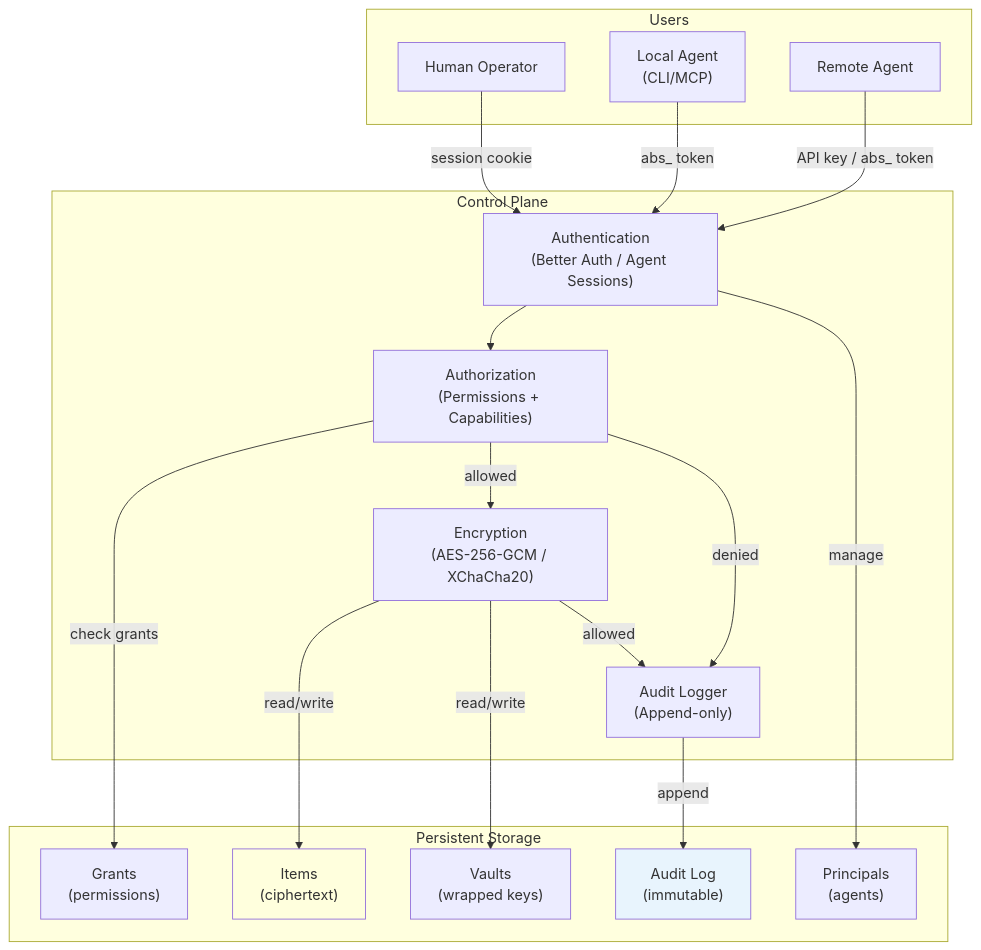
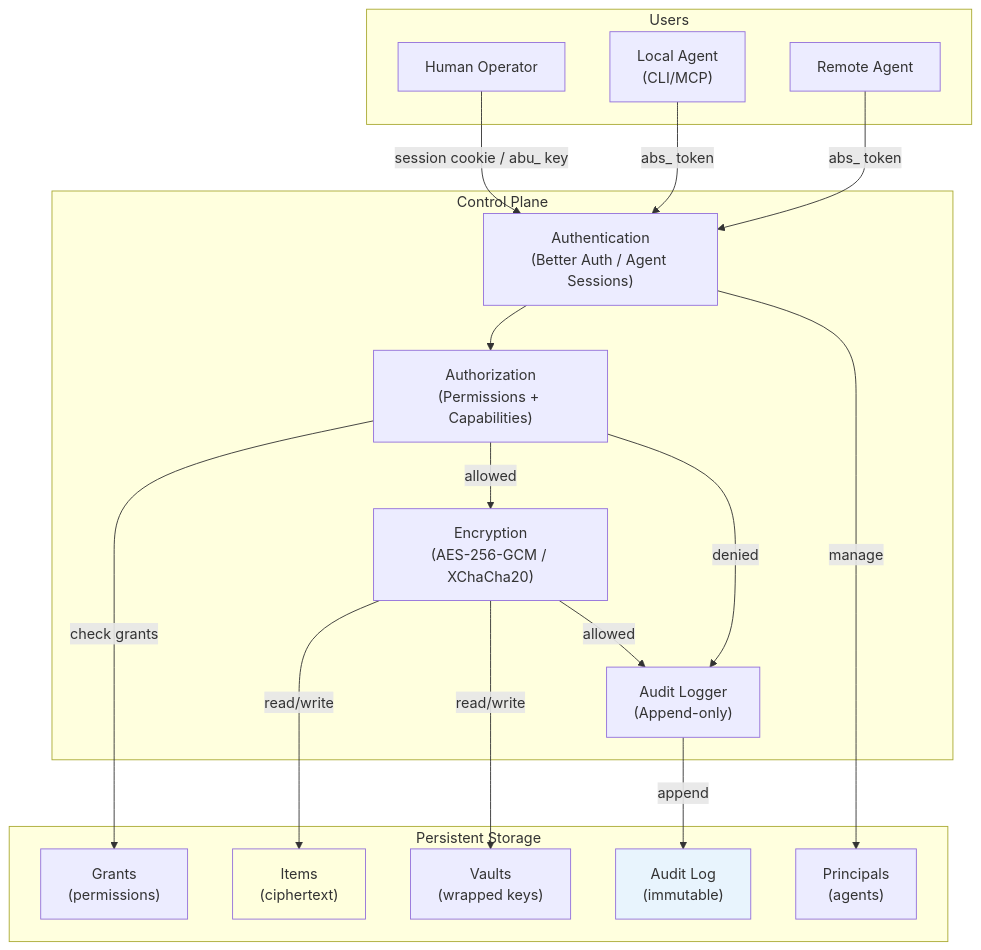
One commit to punitarani/abadge changed diagram 18 of 20 in docs/flow.md. Above: the diagram before and after it, drawn with Mermaid. The commit also changed other lines of this file and 100 other files, not shown here.

First line of the commit message:
Personal API keys (abu_) + remove legacy agent API keys (#181)

````diff
--- a/docs/flow.md
+++ b/docs/flow.md
@@ -425,43 +421,43 @@
 ```mermaid
 flowchart TB
   subgraph Users["Users"]
     Human["Human Operator"]
     LocalAgent["Local Agent\n(CLI/MCP)"]
     RemoteAgent["Remote Agent"]
   end
 
   subgraph ControlPlane["Control Plane"]
     AuthN["Authentication\n(Better Auth / Agent Sessions)"]
     AuthZ["Authorization\n(Permissions + Capabilities)"]
     Crypto["Encryption\n(AES-256-GCM / XChaCha20)"]
     Audit["Audit Logger\n(Append-only)"]
   end
 
   subgraph Storage["Persistent Storage"]
     Vaults["Vaults\n(wrapped keys)"]
     Items["Items\n(ciphertext)"]
     Grants["Grants\n(permissions)"]
     Principals["Principals\n(agents)"]
     AuditLog["Audit Log\n(immutable)"]
   end
 
-  Human -->|"session cookie"| AuthN
+  Human -->|"session cookie / abu_ key"| AuthN
   LocalAgent -->|"abs_ token"| AuthN
-  RemoteAgent -->|"API key / abs_ token"| AuthN
+  RemoteAgent -->|"abs_ token"| AuthN
 
   AuthN --> AuthZ
   AuthZ -->|"check grants"| Grants
   AuthZ -->|"allowed"| Crypto
   AuthZ -->|"denied"| Audit
 
   Crypto -->|"read/write"| Items
   Crypto -->|"read/write"| Vaults
   Crypto -->|"allowed"| Audit
 
   AuthN -->|"manage"| Principals
 
   Audit -->|"append"| AuditLog
 
   style AuditLog fill:#e8f4fd
   style Items fill:#ffd
 ```
````
